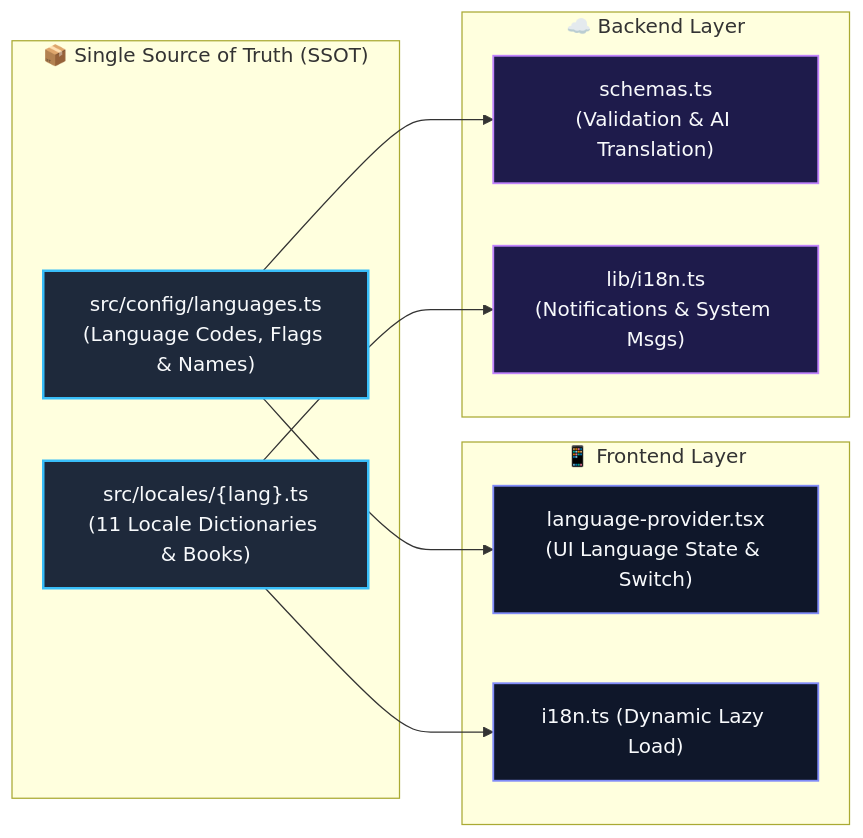
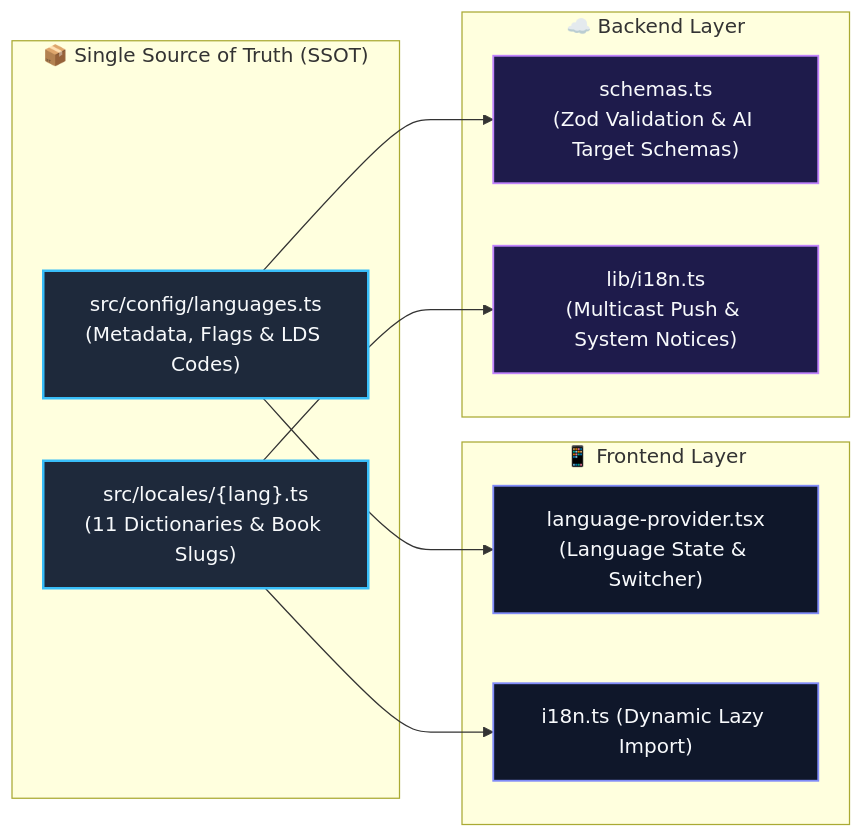
Before and after one commit to ScriptureHabit/scripture-habit: the diagram in docs/logic-i18n.md, drawn with Mermaid. The commit also changed other lines of this file and 57 other files, not shown here.

Commit message:
docs: refine documentation prose and add structured diagram breakdowns across JA and EN

````diff
--- a/docs/logic-i18n.md
+++ b/docs/logic-i18n.md
@@ -11,26 +11,26 @@
 ```mermaid
 flowchart LR
     classDef ssot fill:#1e293b,stroke:#38bdf8,stroke-width:2px,color:#f8fafc;
     classDef fe fill:#0f172a,stroke:#818cf8,stroke-width:1.5px,color:#f8fafc;
     classDef be fill:#1e1b4b,stroke:#c084fc,stroke-width:1.5px,color:#f8fafc;
 
     subgraph SSOT["📦 Single Source of Truth (SSOT)"]
-        Config["src/config/languages.ts<br/>(Language Codes, Flags & Names)"]:::ssot
-        Locales["src/locales/{lang}.ts<br/>(11 Locale Dictionaries & Books)"]:::ssot
+        Config["src/config/languages.ts<br/>(Metadata, Flags & LDS Codes)"]:::ssot
+        Locales["src/locales/{lang}.ts<br/>(11 Dictionaries & Book Slugs)"]:::ssot
     end
 
     subgraph UsageFE["📱 Frontend Layer"]
-        FrontendContext["language-provider.tsx<br/>(UI Language State & Switch)"]:::fe
-        FrontendLoader["i18n.ts (Dynamic Lazy Load)"]:::fe
+        FrontendContext["language-provider.tsx<br/>(Language State & Switcher)"]:::fe
+        FrontendLoader["i18n.ts (Dynamic Lazy Import)"]:::fe
     end
 
     subgraph UsageBE["☁️ Backend Layer"]
-        BackendSchema["schemas.ts<br/>(Validation & AI Translation)"]:::be
-        BackendLoader["lib/i18n.ts<br/>(Notifications & System Msgs)"]:::be
+        BackendSchema["schemas.ts<br/>(Zod Validation & AI Target Schemas)"]:::be
+        BackendLoader["lib/i18n.ts<br/>(Multicast Push & System Notices)"]:::be
     end
 
     Config --> FrontendContext
     Config --> BackendSchema
     Locales --> FrontendLoader
     Locales --> BackendLoader
 ```
````
